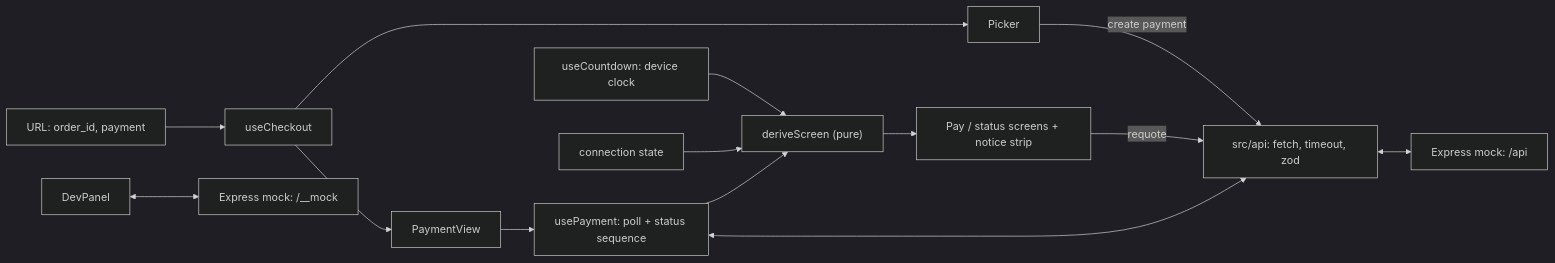
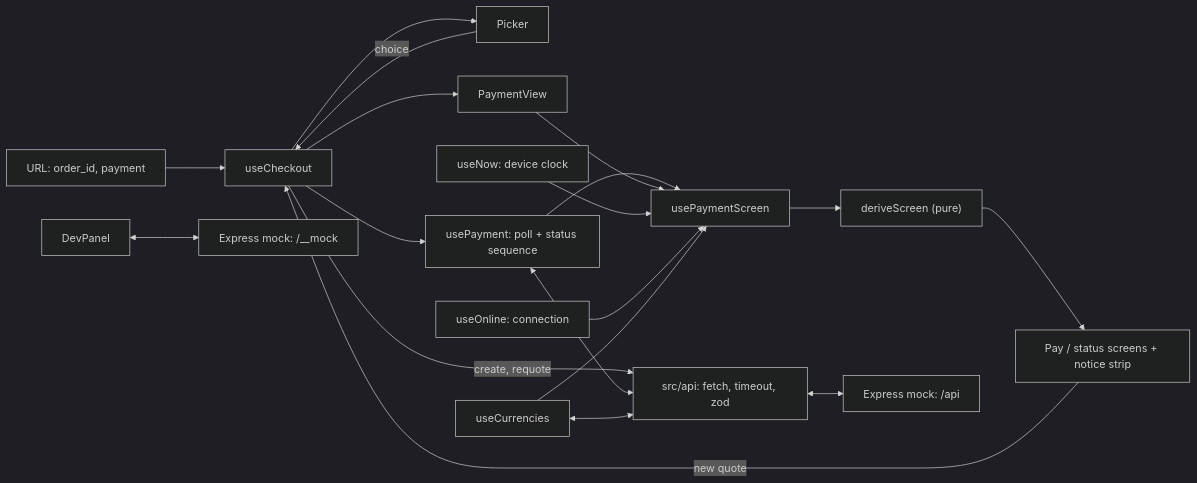
One commit to gastonm5/demo-stablecoin-checkout changed the second of 2 diagrams in docs/design-doc.md. Above: the diagram before and after it, drawn with Mermaid (dark theme). The commit also changed other lines of this file and 1 other file, not shown here.

````diff
--- a/docs/design-doc.md
+++ b/docs/design-doc.md
@@ -153,16 +155,21 @@
 ```mermaid
 flowchart LR
     URL["URL: order_id, payment"] --> UC["useCheckout"]
     UC --> PK["Picker"]
     UC --> PV["PaymentView"]
-    PV --> UP["usePayment: poll + status sequence"]
-    UP --> DS["deriveScreen (pure)"]
-    CD["useCountdown: device clock"] --> DS
-    CN["connection state"] --> DS
+    UC --> UP["usePayment: poll + status sequence"]
+    UP --> PS["usePaymentScreen"]
+    PV --> PS
+    NOW["useNow: device clock"] --> PS
+    ON["useOnline: connection"] --> PS
+    CUR["useCurrencies"] --> PS
+    PS --> DS["deriveScreen (pure)"]
     DS --> SC["Pay / status screens + notice strip"]
-    PK -- "create payment" --> API
-    SC -- "requote" --> API
+    PK -- "choice" --> UC
+    SC -- "new quote" --> UC
+    UC -- "create, requote" --> API
     UP <--> API["src/api: fetch, timeout, zod"]
+    CUR <--> API
     API <--> MOCK["Express mock: /api"]
     DP["DevPanel"] <--> CTRL["Express mock: /__mock"]
 ```
````
